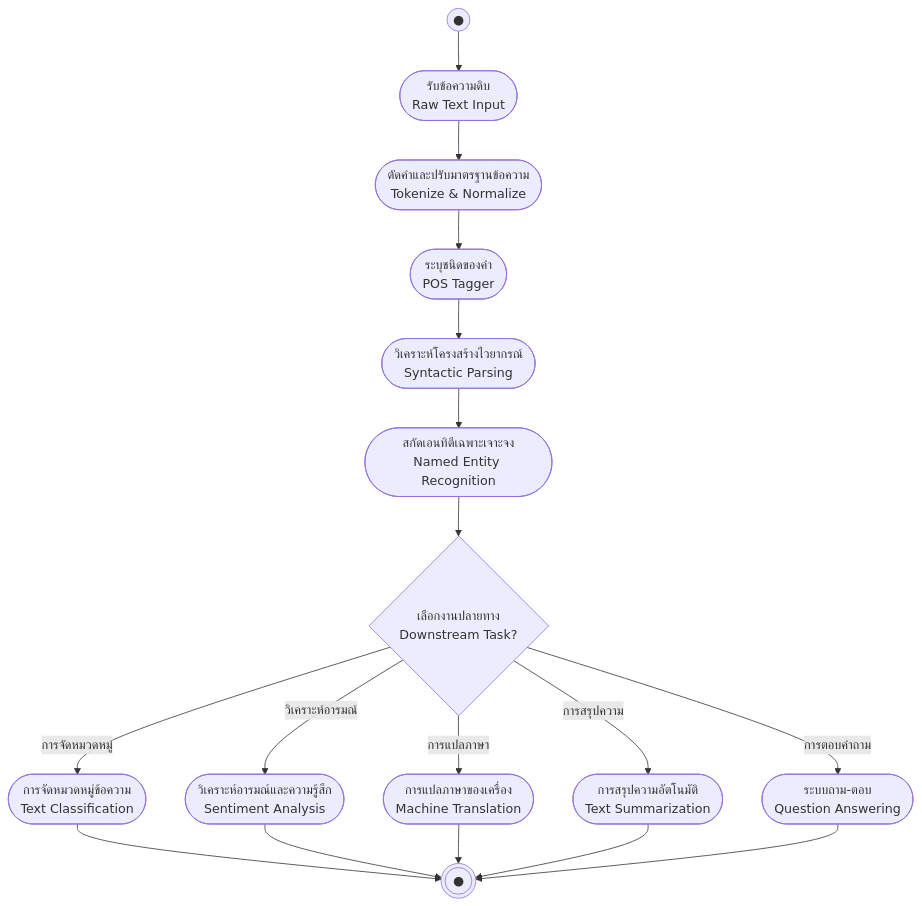
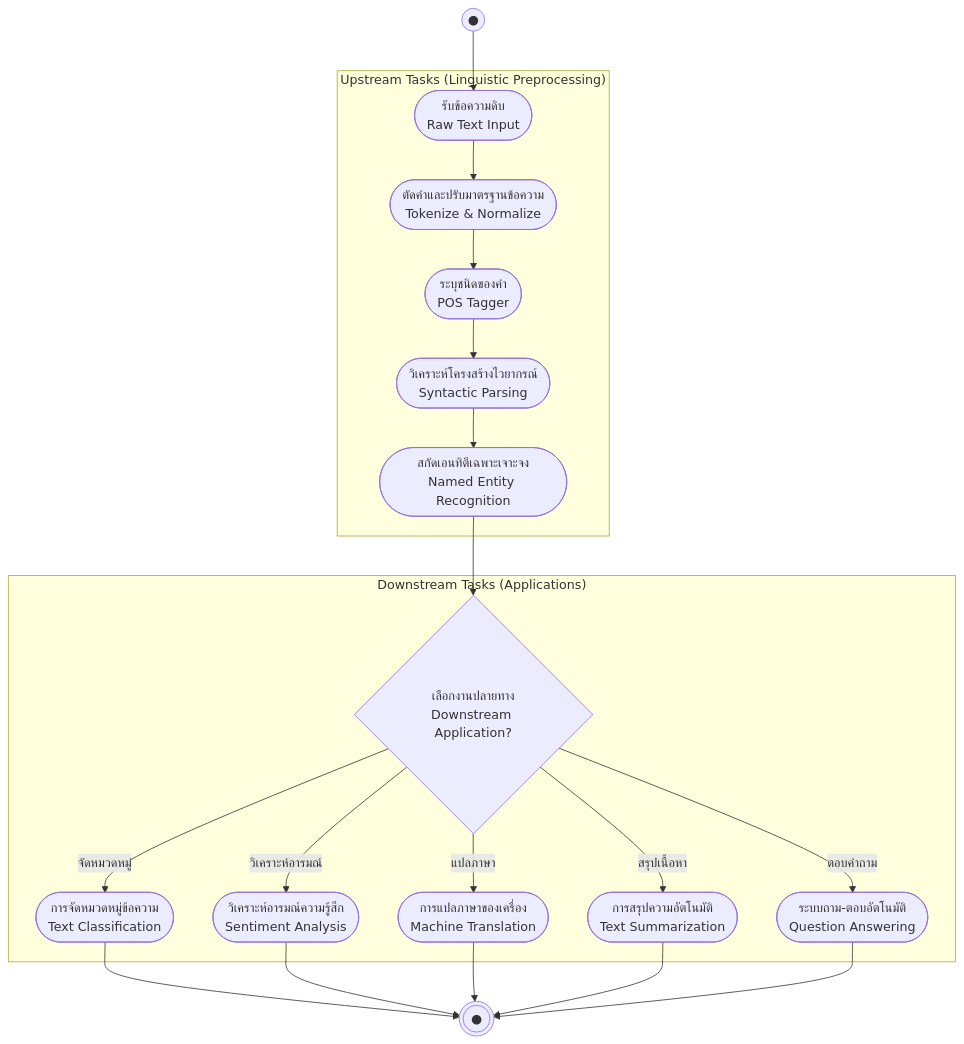
One commit to PhuriphatTyPeZ3r0/Course-1323404-Natural-Language-Processing-2026 changed the second of 2 diagrams in 01_Lectures/Week1/Intro-to-NLP.md. Above: the diagram before and after it, drawn with Mermaid. The commit also changed other lines of this file and 6 other files, not shown here.

````diff
--- a/01_Lectures/Week1/Intro-to-NLP.md
+++ b/01_Lectures/Week1/Intro-to-NLP.md
@@ -84,19 +129,26 @@
 ```mermaid
 flowchart TD
     Start((●)) --> Text([รับข้อความดิบ<br>Raw Text Input])
-    Text --> Tok([ตัดคำและปรับมาตรฐานข้อความ<br>Tokenize & Normalize])
-    Tok --> POS([ระบุชนิดของคำ<br>POS Tagger])
-    POS --> Parse([วิเคราะห์โครงสร้างไวยากรณ์<br>Syntactic Parsing])
-    Parse --> NER([สกัดเอนทิตีเฉพาะเจาะจง<br>Named Entity Recognition])
-    NER --> Down{เลือกงานปลายทาง<br>Downstream Task?}
-    Down -->|การจัดหมวดหมู่| Class([การจัดหมวดหมู่ข้อความ<br>Text Classification])
-    Down -->|วิเคราะห์อารมณ์| Sent([วิเคราะห์อารมณ์และความรู้สึก<br>Sentiment Analysis])
-    Down -->|การแปลภาษา| MT([การแปลภาษาของเครื่อง<br>Machine Translation])
-    Down -->|การสรุปความ| Sum([การสรุปความอัตโนมัติ<br>Text Summarization])
-    Down -->|การตอบคำถาม| QA([ระบบถาม-ตอบ<br>Question Answering])
+    
+    subgraph Upstream ["Upstream Tasks (Linguistic Preprocessing)"]
+        Text --> Tok([ตัดคำและปรับมาตรฐานข้อความ<br>Tokenize & Normalize])
+        Tok --> POS([ระบุชนิดของคำ<br>POS Tagger])
+        POS --> Parse([วิเคราะห์โครงสร้างไวยากรณ์<br>Syntactic Parsing])
+        Parse --> NER([สกัดเอนทิตีเฉพาะเจาะจง<br>Named Entity Recognition])
+    end
+
+    subgraph Downstream ["Downstream Tasks (Applications)"]
+        NER --> TaskFork{เลือกงานปลายทาง<br>Downstream Application?}
+        TaskFork -->|จัดหมวดหมู่| Class([การจัดหมวดหมู่ข้อความ<br>Text Classification])
+        TaskFork -->|วิเคราะห์อารมณ์| Sent([วิเคราะห์อารมณ์ความรู้สึก<br>Sentiment Analysis])
+        TaskFork -->|แปลภาษา| MT([การแปลภาษาของเครื่อง<br>Machine Translation])
+        TaskFork -->|สรุปเนื้อหา| Sum([การสรุปความอัตโนมัติ<br>Text Summarization])
+        TaskFork -->|ตอบคำถาม| QA([ระบบถาม-ตอบอัตโนมัติ<br>Question Answering])
+    end
+
     Class --> EndNode(((●)))
     Sent --> EndNode
     MT --> EndNode
     Sum --> EndNode
     QA --> EndNode
 ```
````
